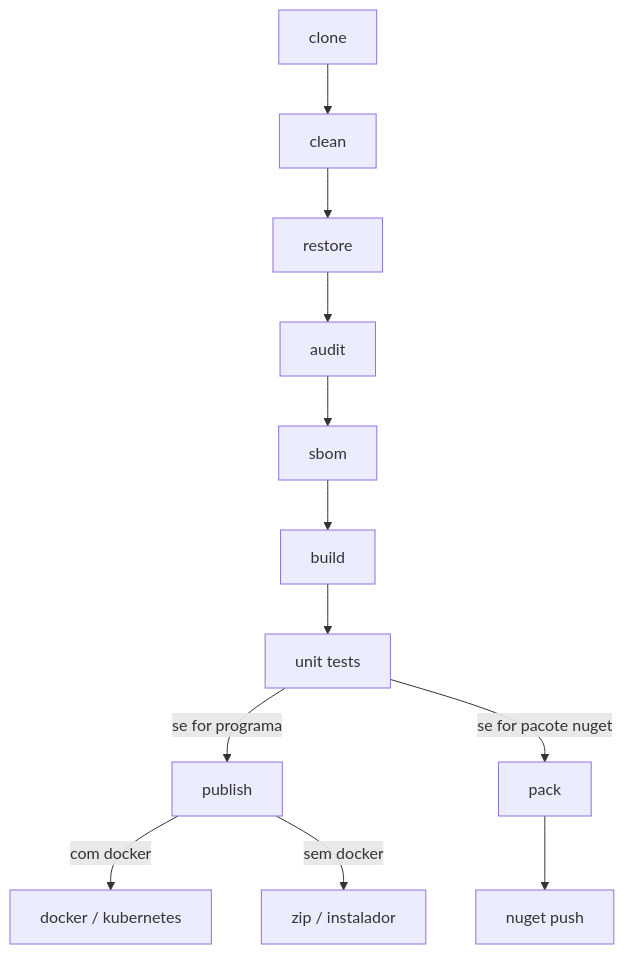
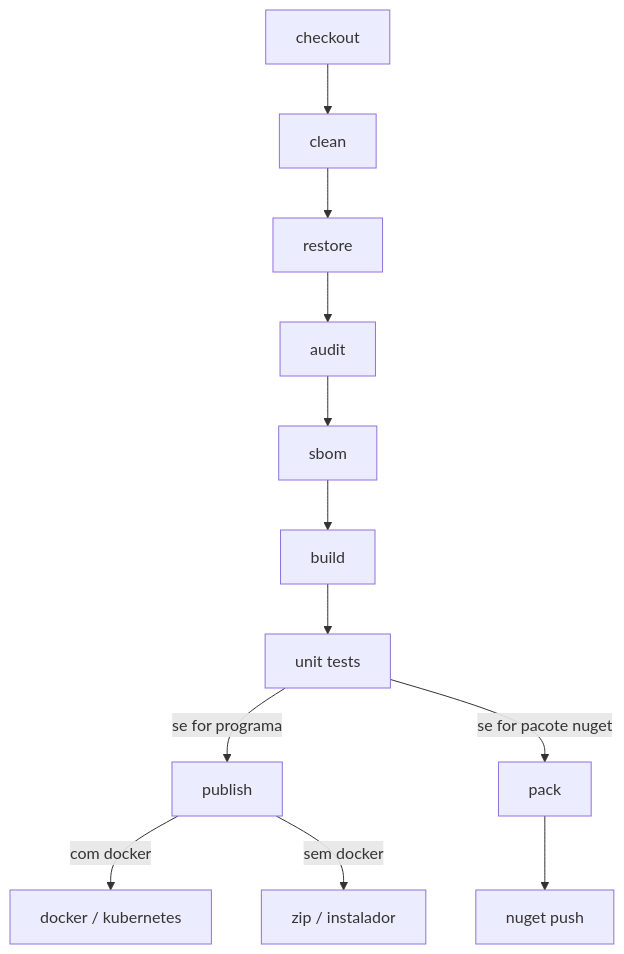
One commit to alexandrehtrb/alexandrehtrb.github.io changed the diagram in src/posts/2024/04/pipelines-para-dotnet.md. Above: the diagram before and after it, drawn with Mermaid. The commit also changed other lines of this file and 1 other file, not shown here.

````diff
--- a/src/posts/2024/04/pipelines-para-dotnet.md
+++ b/src/posts/2024/04/pipelines-para-dotnet.md
@@ -28,13 +28,13 @@
 ```mermaid
 flowchart TD
-    clone -->
+    checkout -->
     clean --> 
     restore -->
     audit -->
     sbom -->
     build -->
     unittests[unit tests]
     unittests --se for programa--> publish --com docker--> dockerk8s[docker / kubernetes]
     publish --sem docker--> zipinstaller[zip / instalador]
     unittests --se for pacote nuget--> pack --> nugetpush[nuget push]
 ```
````
